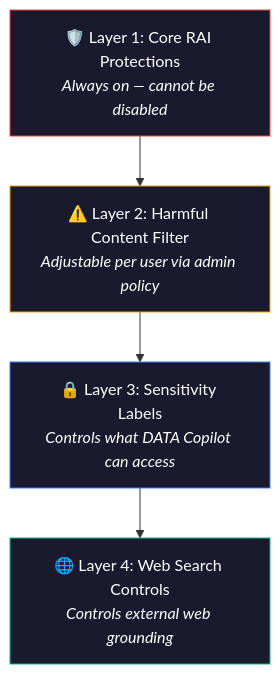
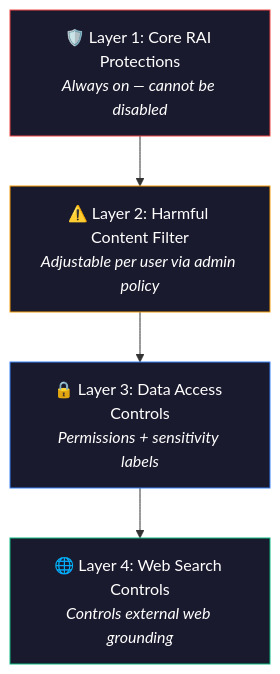
One commit to susanthgit/aguidetocloud-revamp changed the first of 3 diagrams in content/blog/microsoft-365-copilot-content-safety-controls-complete-guide-for-admins.md. Above: the diagram before and after it, drawn with Mermaid. The commit also changed other lines of this file, not shown here.

````diff
--- a/content/blog/microsoft-365-copilot-content-safety-controls-complete-guide-for-admins.md
+++ b/content/blog/microsoft-365-copilot-content-safety-controls-complete-guide-for-admins.md
@@ -61,11 +59,11 @@
 ```mermaid
 flowchart TD
     A["🛡️ Layer 1: Core RAI Protections<br/><i>Always on — cannot be disabled</i>"] --> B["⚠️ Layer 2: Harmful Content Filter<br/><i>Adjustable per user via admin policy</i>"]
-    B --> C["🔒 Layer 3: Sensitivity Labels<br/><i>Controls what DATA Copilot can access</i>"]
+    B --> C["🔒 Layer 3: Data Access Controls<br/><i>Permissions + sensitivity labels</i>"]
     C --> D["🌐 Layer 4: Web Search Controls<br/><i>Controls external web grounding</i>"]
     
     style A fill:#1a1a2e,stroke:#EF4444,color:#fff
     style B fill:#1a1a2e,stroke:#F59E0B,color:#fff
     style C fill:#1a1a2e,stroke:#3B82F6,color:#fff
     style D fill:#1a1a2e,stroke:#10B981,color:#fff
 ```
````
